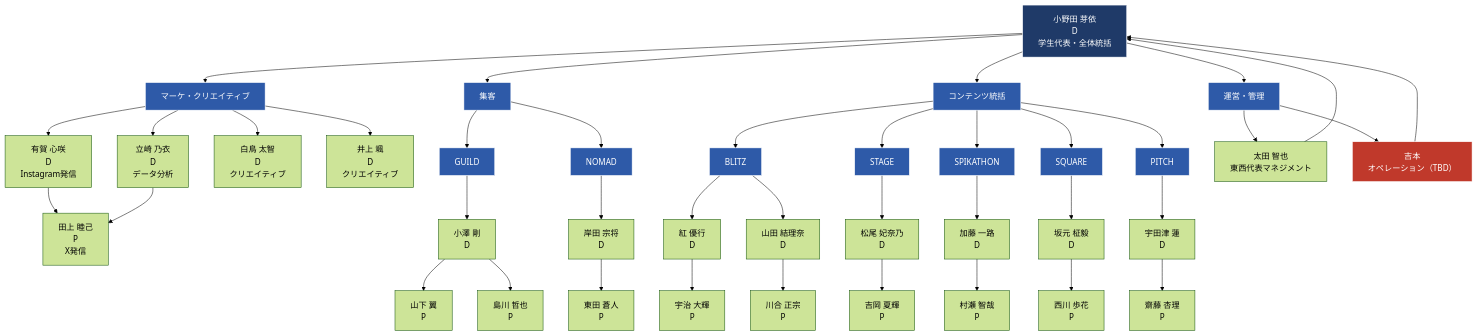
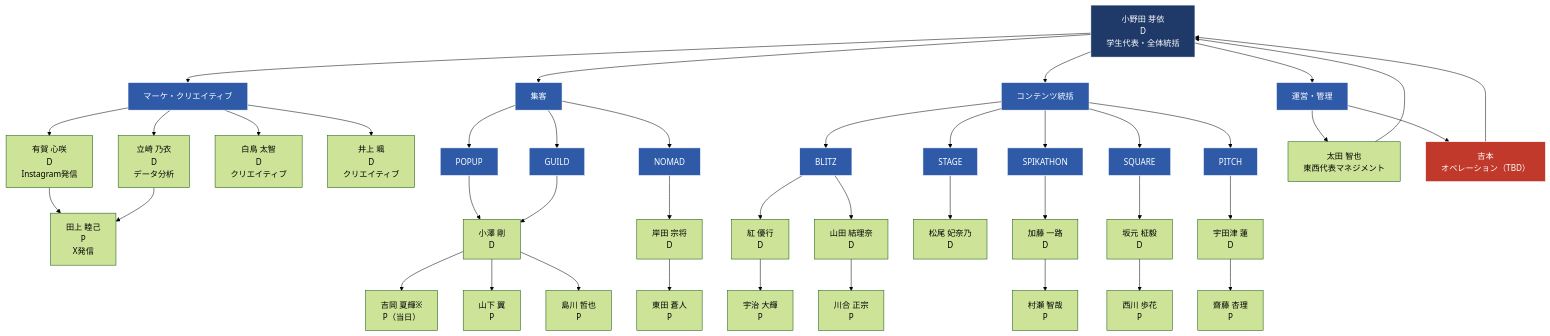
One commit to liofval/spikes_hr changed the second of 3 diagrams in spikes-org-chart.md. Above: the diagram before and after it, drawn with Mermaid (forest theme). The commit also changed other lines of this file and 1 other file, not shown here.

Commit message:
組織図: 吉岡を当日のみ（※）としてPOPUP配下に移動

````diff
--- a/spikes-org-chart.md
+++ b/spikes-org-chart.md
@@ -25,60 +25,62 @@
 ```mermaid
 graph TD
     Onoda["小野田 芽依<br/>D<br/>学生代表・全体統括"]
 
     Onoda --> MktHQ["マーケ・クリエイティブ"]
     Onoda --> PromoHQ["集客"]
     Onoda --> ContentHQ["コンテンツ統括"]
     Onoda --> OpsHQ["運営・管理"]
 
     %% マーケ・クリエイティブ
     MktHQ --> Aruga["有賀 心咲<br/>D<br/>Instagram発信"]
     MktHQ --> Tatsuzaki["立崎 乃衣<br/>D<br/>データ分析"]
     MktHQ --> Shiratori["白鳥 太智<br/>D<br/>クリエイティブ"]
     MktHQ --> Inoue["井上 颯<br/>D<br/>クリエイティブ"]
     Aruga --> Tagami["田上 睦己<br/>P<br/>X発信"]
     Tatsuzaki --> Tagami
 
     %% 集客
     PromoHQ --> GUILD["GUILD"]
     PromoHQ --> NOMAD["NOMAD"]
+    PromoHQ --> POPUP["POPUP"]
+    POPUP --> Ozawa
+    Ozawa --> Yoshioka["吉岡 夏輝※<br/>P（当日）"]
     GUILD --> Ozawa["小澤 剛<br/>D"]
     Ozawa --> Yamashita["山下 翼<br/>P"]
     Ozawa --> Shimakawa["島川 哲也<br/>P"]
     NOMAD --> Kishida["岸田 宗将<br/>D"]
     Kishida --> Azumada["東田 蒼人<br/>P"]
 
     %% コンテンツ
     ContentHQ --> BLITZ["BLITZ"]
     ContentHQ --> STAGE["STAGE"]
     ContentHQ --> SPIKATHON["SPIKATHON"]
     ContentHQ --> SQUARE["SQUARE"]
     ContentHQ --> PITCH["PITCH"]
     BLITZ --> Kurenai["紅 優行<br/>D"]
     BLITZ --> Yamada["山田 結理奈<br/>D"]
     Kurenai --> Uji["宇治 大輝<br/>P"]
     Yamada --> Kawai["川合 正宗<br/>P"]
     STAGE --> Matsuo["松尾 妃奈乃<br/>D"]
-    Matsuo --> Yoshioka["吉岡 夏輝<br/>P"]
     SPIKATHON --> Kato["加藤 一路<br/>D"]
     Kato --> Murase["村瀬 智哉<br/>P"]
     SQUARE --> Sakamoto["坂元 柾毅<br/>D"]
     Sakamoto --> Nishikawa["西川 歩花<br/>P"]
     PITCH --> Udatsu["宇田津 蓮<br/>D"]
     Udatsu --> Saito["齋藤 杏理<br/>P"]
 
     %% 運営・管理
     OpsHQ --> Ota["太田 智也<br/>東西代表マネジメント"]
     OpsHQ --> Yoshimoto["吉本<br/>オペレーション（TBD）"]
     Ota --> Onoda
     Yoshimoto --> Onoda
 
     classDef head fill:#1f3a68,stroke:#fff,color:#fff;
     classDef group fill:#2e5aa8,stroke:#fff,color:#fff;
     classDef tbd fill:#c0392b,stroke:#fff,color:#fff;
     class Onoda head;
     class MktHQ,PromoHQ,ContentHQ,OpsHQ group;
     class BLITZ,STAGE,SPIKATHON,SQUARE,PITCH group;
-    class GUILD,NOMAD group;
+    class GUILD,NOMAD,POPUP group;
     class Yoshimoto tbd;
 ```
````
